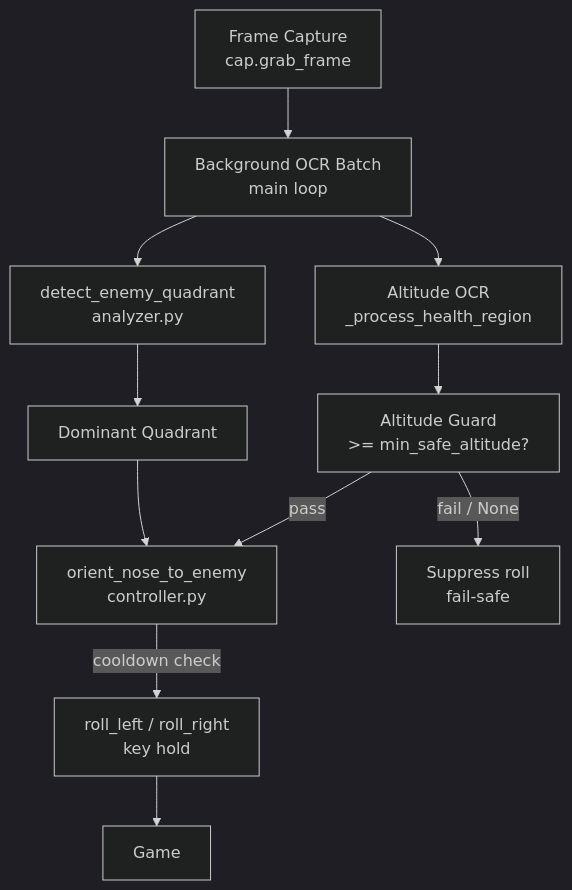
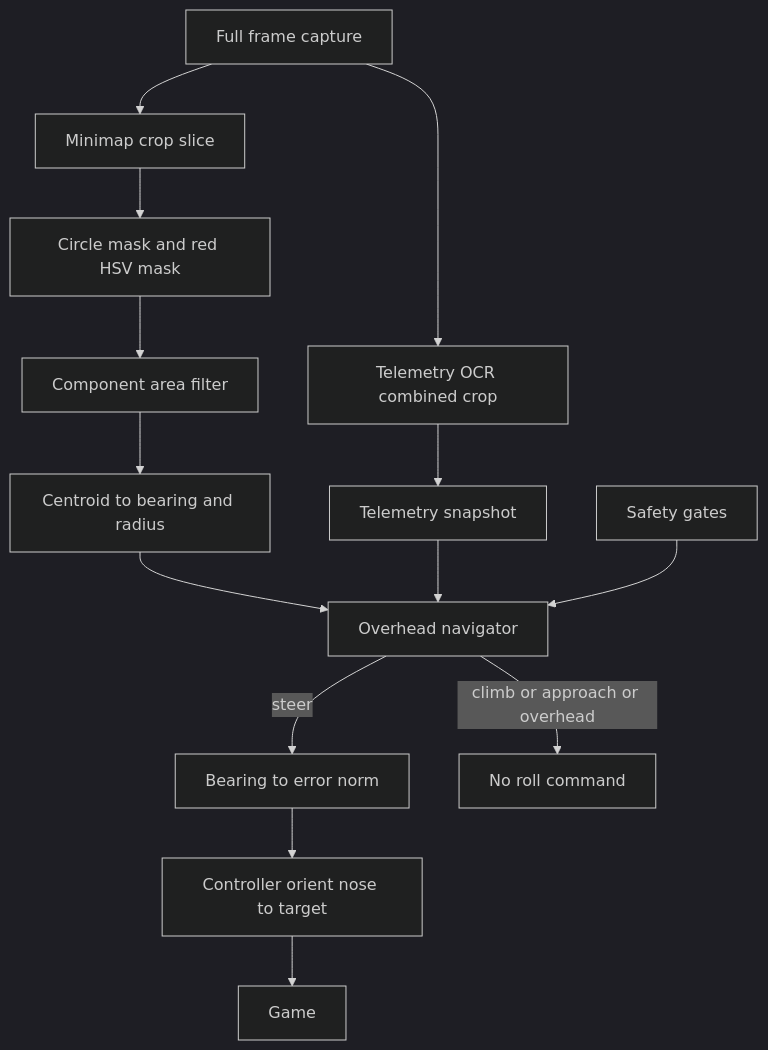
Before and after one commit to mhouse1/wingman: the second of 2 diagrams in docs/hldd/003-enemy-quadrant-detection-hldd.md, drawn with Mermaid (dark theme). The commit also changed other lines of this file and 8 other files, not shown here.

Commit message:
add new crop for minimap, no implementation yet, update docs

````diff
--- a/docs/hldd/003-enemy-quadrant-detection-hldd.md
+++ b/docs/hldd/003-enemy-quadrant-detection-hldd.md
@@ -59,13 +149,16 @@
 ```mermaid
 flowchart TD
-    CAP[Frame Capture\ncap.grab_frame] --> OCR[Background OCR Batch\nmain loop]
-    OCR --> EQ[detect_enemy_quadrant\nanalyzer.py]
-    OCR --> ALT[Altitude OCR\n_process_health_region]
-    EQ --> DOM[Dominant Quadrant]
-    ALT --> GUARD[Altitude Guard\n>= min_safe_altitude?]
-    DOM --> ORIENT[orient_nose_to_enemy\ncontroller.py]
-    GUARD -->|pass| ORIENT
-    GUARD -->|fail / None| SUPPRESS[Suppress roll\nfail-safe]
-    ORIENT -->|cooldown check| ROLL[roll_left / roll_right\nkey hold]
-    ROLL --> GAME[Game]
+    CAP[Full frame capture] --> MM[Minimap crop slice]
+    MM --> MASK[Circle mask and red HSV mask]
+    MASK --> COMP[Component area filter]
+    COMP --> POLAR[Centroid to bearing and radius]
+    CAP --> TEL[Telemetry OCR combined crop]
+    TEL --> SNAP[Telemetry snapshot]
+    POLAR --> NAV[Overhead navigator]
+    SNAP --> NAV
+    GUARD[Safety gates] --> NAV
+    NAV -->|steer| ERR[Bearing to error norm]
+    ERR --> ORIENT[Controller orient nose to target]
+    NAV -->|climb or approach or overhead| NOOP[No roll command]
+    ORIENT --> GAME[Game]
 ```
````
